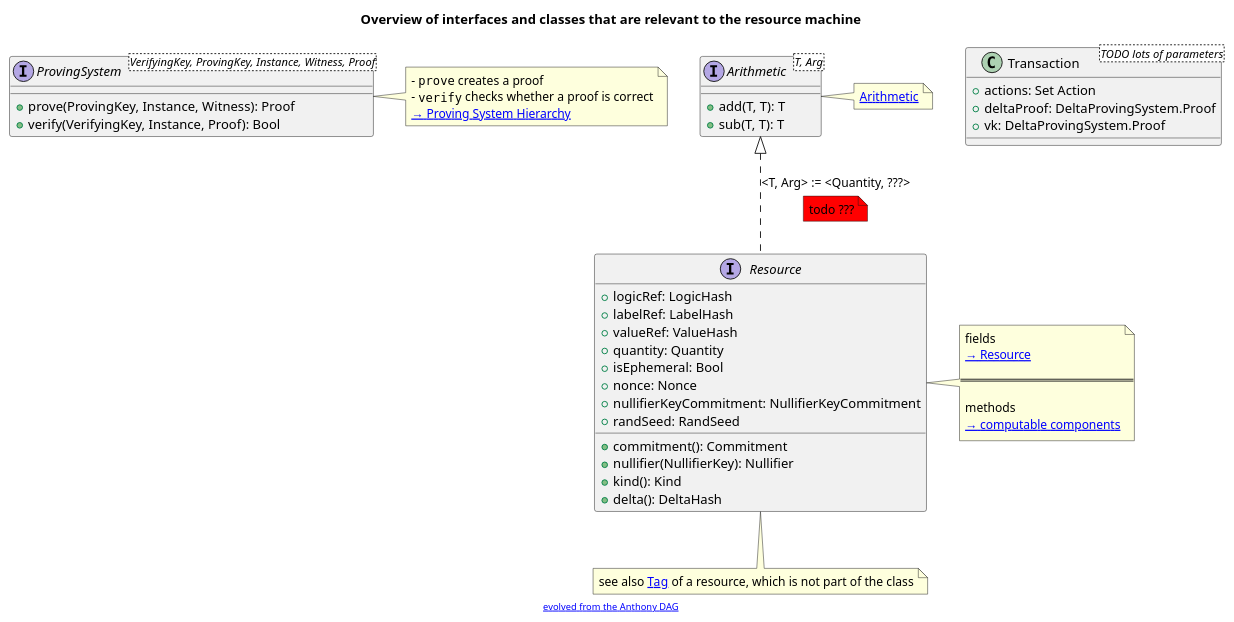
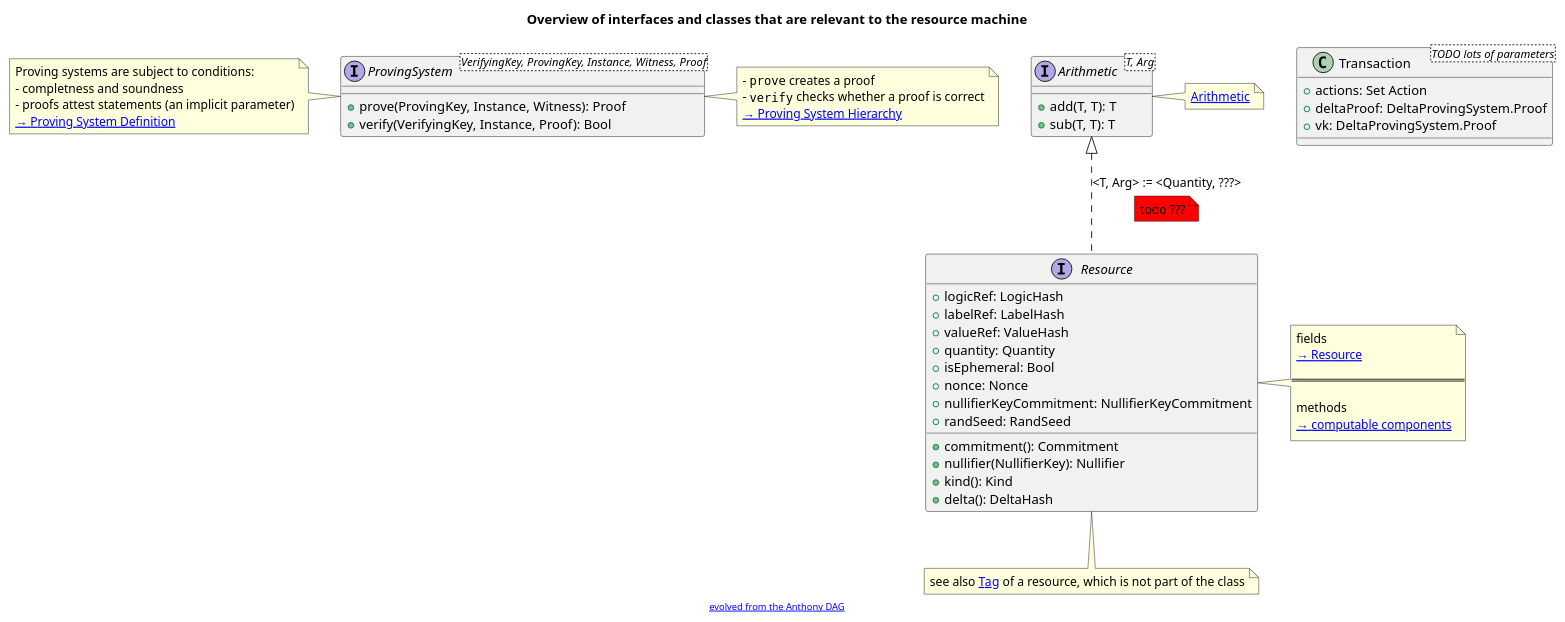
One commit to anoma/nspec changed the diagram in docs/arch/system/state/resource_machine_03/rm-overview-diagram.puml. Above: the diagram before and after it, drawn with PlantUML.

Commit message:
add note for completeness, soundness; statments

```diff
--- a/docs/arch/system/state/resource_machine_03/rm-overview-diagram.puml
+++ b/docs/arch/system/state/resource_machine_03/rm-overview-diagram.puml
@@ -1,99 +1,106 @@
 @startuml
 ' This is an overview of interfaces and classes that are relevant to the resource machine
 title
 Overview of interfaces and classes that are relevant to the resource machine
 end title
 
 ' The proving system interface
 interface "ProvingSystem<VerifyingKey, ProvingKey, Instance, Witness, Proof>" as PSI {
         ' create a proof
         +prove(ProvingKey, Instance, Witness): Proof
         ' check whether a proof is correct
         +verify(VerifyingKey, Instance, Proof): Bool
 }
 note right
 - ""prove"" creates a proof
 - ""verify"" checks whether a proof is correct
 [[https://specs.anoma.net/v0.1.4/arch/system/state/resource_machine/primitive_interfaces/proving_system/index.html#proving-system-hierarchy → Proving System Hierarchy]]
 end note
 ' note left of PSI
 ' test
 ' end note
+
+note left of PSI
+        Proving systems are subject to conditions:
+        - completness and soundness
+        - proofs attest statements (an implicit parameter)
+        [[https://specs.anoma.net/latest/arch/system/state/resource_machine/primitive_interfaces/proving_system/proving_system_types.html#proving-system-definition → Proving System Definition]]
+end note
 
 ' This is the interface of a `Arithmetic`
 ' TODO: do we want a group structure on T
 interface "Arithmetic<T, Arg>" as Arithmetic {
         +add(T, T): T
         +sub(T, T): T
         ' do we want a zero TODO
 }
 note right
 [[https://specs.anoma.net/v0.1.4/arch/system/state/resource_machine/primitive_interfaces/fixed_size_type/arithmetic.html Arithmetic]]
 end note
 
 'note below
 ' This is actually an additive group.
 'end note
 
 ' This is the interface of a `resource`
 interface Resource {
         ' logic reference, a logic hash
         +logicRef: LogicHash
         ' logic reference, a label hash
         +labelRef: LabelHash
         ' value reference, a value hash
         +valueRef: ValueHash
         ' quantity of Quantity type
         +quantity: Quantity
         ' whether or not the resource is ephemeral
         +isEphemeral: Bool
         ' nonce, a number used once
         +nonce: Nonce
         ' the nullifier key commitment
         +nullifierKeyCommitment: NullifierKeyCommitment
         ' a seed for pseudo-random number generation
         +randSeed: RandSeed
         ' computing a commitment to the resource
         +commitment(): Commitment
         ' computing the nullifier for this resource (requires the NK)
         +nullifier(NullifierKey): Nullifier
         ' computing the kind
         +kind(): Kind
         ' computing the delta
         +delta(): DeltaHash
 }
 note right of Resource
         fields
         [[https://specs.anoma.net/v0.1.4/arch/system/state/resource_machine/data_structures/resource/index.html#resource → Resource]]
 
         ===
 
         methods
         [[https://specs.anoma.net/v0.1.4/arch/system/state/resource_machine/primitive_interfaces/fixed_size_type/hash.html#hash-interface-diagram → computable components]]
 end note
 note bottom of Resource
 see also [[https://specs.anoma.net/v0.1.4/arch/system/state/resource_machine/data_structures/resource/computable_components/introduction.html?h=resource+tag#tag Tag]] of a resource, which is not part of the class
 end note
 
 Arithmetic <|-[dashed]- Resource: <T, Arg> := <Quantity, ???>
 note bottom on link #red
 todo ???
 end note
 
 
 class "Transaction<TODO lots of parameters>" as Transaction {
         ' these are not any more neede
         ' +CMTreeRoots: Set CMtree.Value
         +actions: Set Action
         +deltaProof: DeltaProvingSystem.Proof
         +vk: DeltaProvingSystem.Proof
         /' TODO: sort the interface out
          ' +create(Set CMtree.Value, Set Actions): Transaction
          ' +compose(Transaction, Transaction): Transaction
          ' +verify(): Bool
          ' +delta(): DeltaHash
          '/
 }
 '--------------------------------------------------------------------------------'
 footer "[[https://tinyurl.com/anthonydag evolved from the Anthony DAG]]"
 @enduml
```
